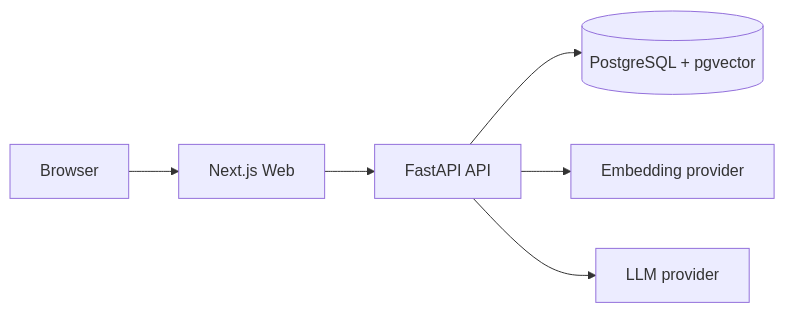
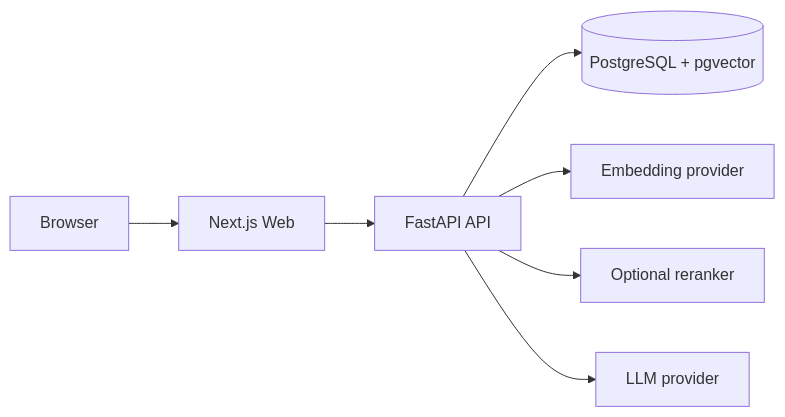
Before and after one commit to congdinh2008/insighthub-sdlc-ai: the diagram in docs/Architecture_Starter_v1.md, drawn with Mermaid. The commit also changed other lines of this file and 57 other files, not shown here.

````diff
--- a/docs/Architecture_Starter_v1.md
+++ b/docs/Architecture_Starter_v1.md
@@ -5,8 +5,9 @@
 ```mermaid
 flowchart LR
     B[Browser] --> W[Next.js Web]
     W --> A[FastAPI API]
     A --> P[(PostgreSQL + pgvector)]
     A --> E[Embedding provider]
+    A --> R[Optional reranker]
     A --> L[LLM provider]
 ```
````
